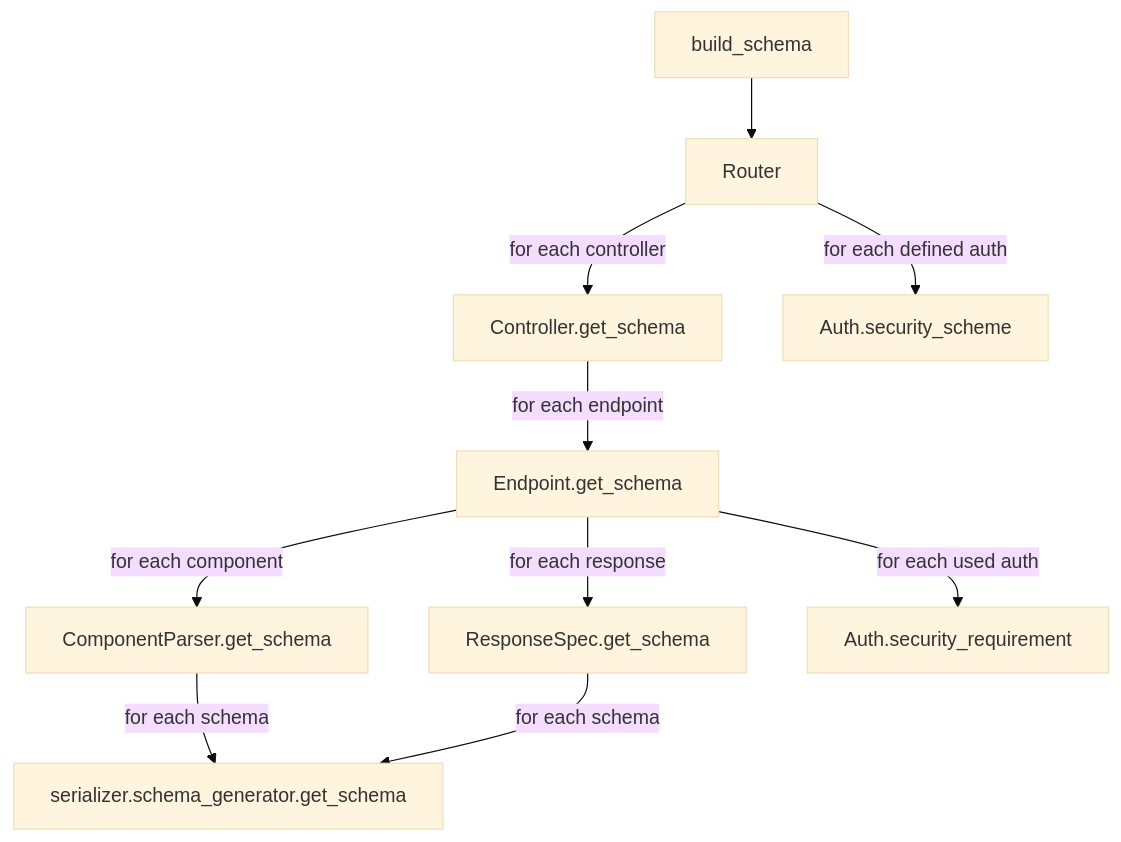
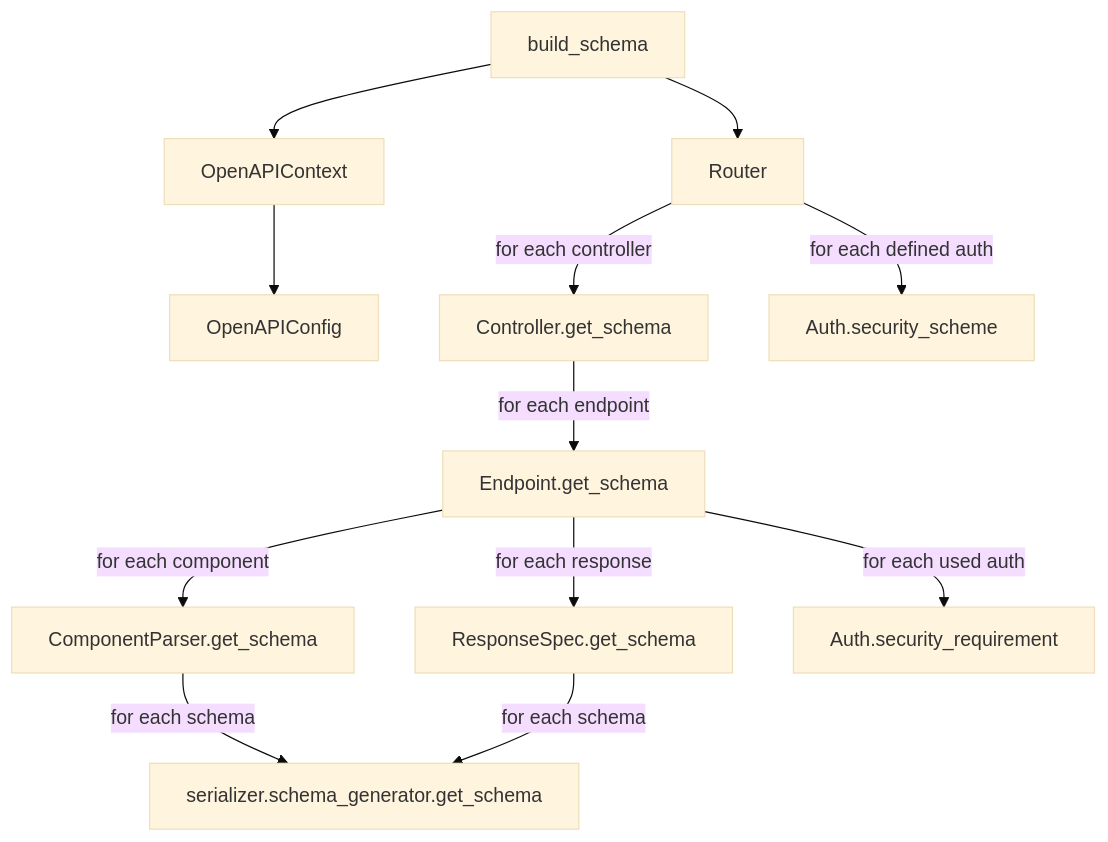
One commit to wemake-services/django-modern-rest changed the diagram in docs/pages/openapi/openapi.rst. Above: the diagram before and after it, drawn with Mermaid (base theme). The commit also changed other lines of this file, not shown here.

```diff
--- a/docs/pages/openapi/openapi.rst
+++ b/docs/pages/openapi/openapi.rst
@@ -528,14 +551,16 @@
 .. mermaid::
   :caption: OpenAPI spec generation
   :config: {"theme": "forest"}
 
   graph
+      Start[build_schema] --> OpenAPIContext[OpenAPIContext];
       Start[build_schema] --> Router[Router];
+      OpenAPIContext --> OpenAPIConfig[OpenAPIConfig];
       Router -->|for each controller| Controller[Controller.get_schema];
       Router -->|for each defined auth| SecurityScheme[Auth.security_scheme];
       Controller -->|for each endpoint| Endpoint[Endpoint.get_schema];
       Endpoint -->|for each component| ComponentParser[ComponentParser.get_schema]
       Endpoint -->|for each response| ResponseSpec[ResponseSpec.get_schema];
       Endpoint -->|for each used auth| SecurityRequirement[Auth.security_requirement];
       ComponentParser -->|for each schema| Schema[serializer.schema_generator.get_schema];
       ResponseSpec -->|for each schema| Schema[serializer.schema_generator.get_schema];
```
